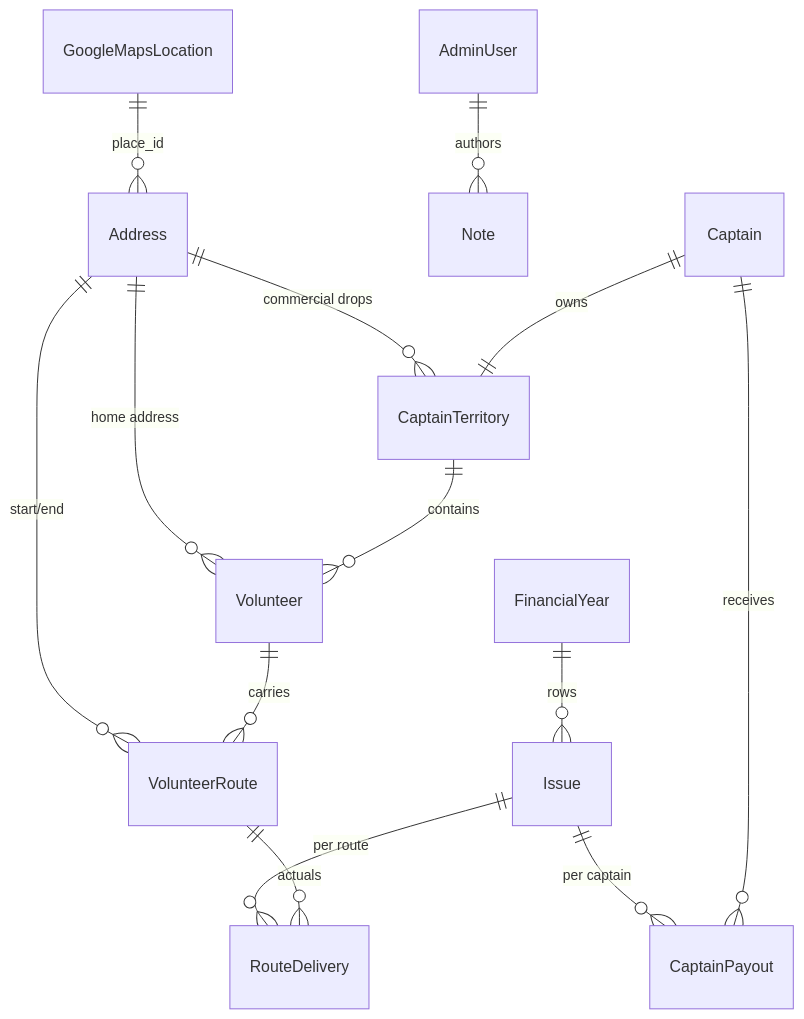
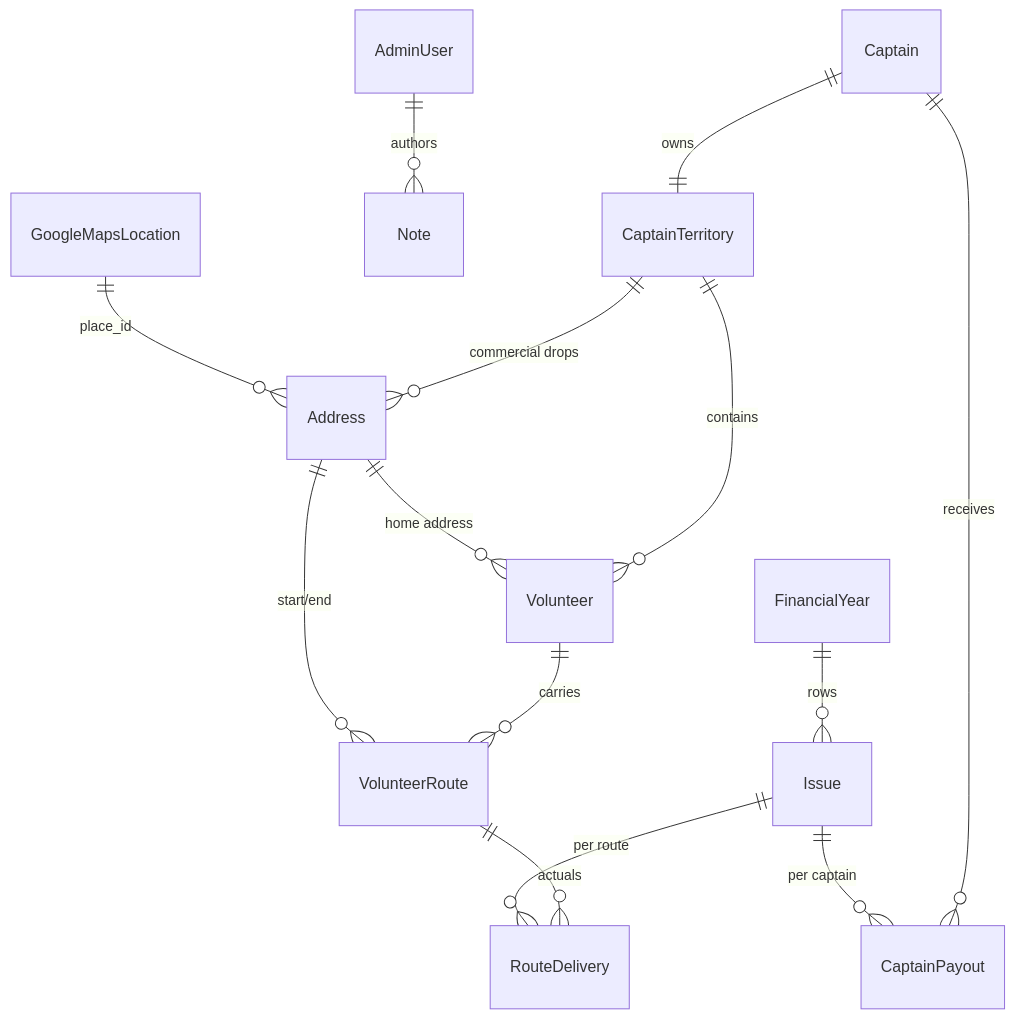
The diagram in docs/schema/data_model.md (uwblueprint/beach-metro), drawn with Mermaid before and after one commit. The commit also changed other lines of this file and 2 other files, not shown here.

````diff
--- a/docs/schema/data_model.md
+++ b/docs/schema/data_model.md
@@ -352,16 +363,16 @@
 ```mermaid
 erDiagram
   GoogleMapsLocation ||--o{ Address : "place_id"
   AdminUser ||--o{ Note : authors
   Address ||--o{ Volunteer : "home address"
   Address ||--o{ VolunteerRoute : "start/end"
-  Address ||--o{ CaptainTerritory : "commercial drops"
+  CaptainTerritory ||--o{ Address : "commercial drops"
   Captain ||--|| CaptainTerritory : owns
   CaptainTerritory ||--o{ Volunteer : "contains"
   Volunteer ||--o{ VolunteerRoute : carries
   FinancialYear ||--o{ Issue : "rows"
   Issue ||--o{ CaptainPayout : "per captain"
   Captain ||--o{ CaptainPayout : "receives"
   Issue ||--o{ RouteDelivery : "per route"
   VolunteerRoute ||--o{ RouteDelivery : "actuals"
 ```
````
